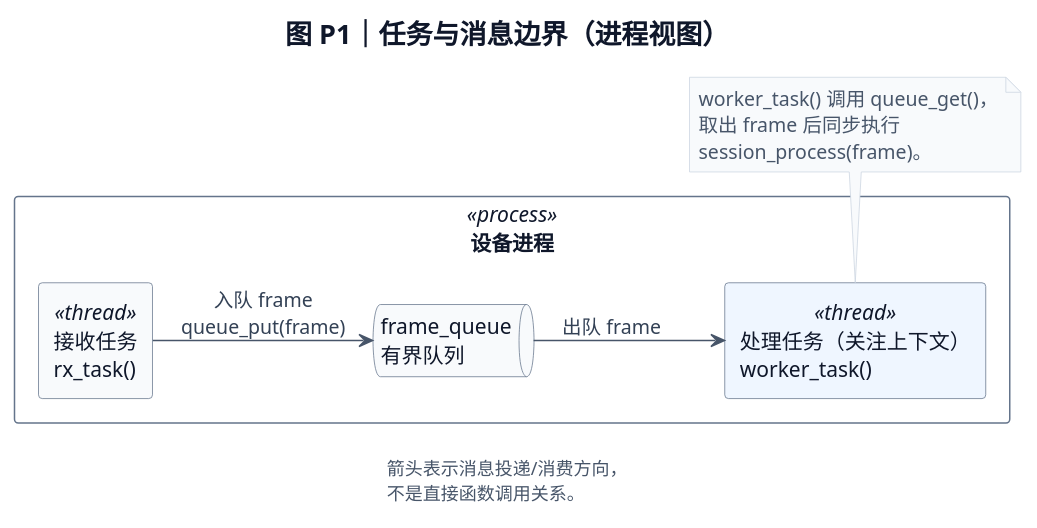
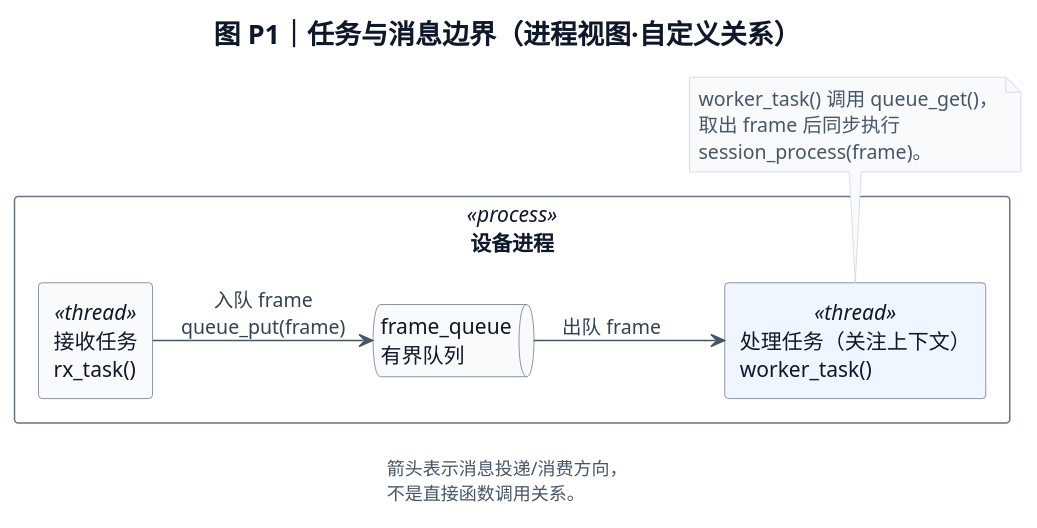
One commit to chao-shu/c-code-design-doc changed the third of 7 diagrams in c-code-design-doc/references/diagram-guide.md. Above: the diagram before and after it, drawn with PlantUML. The commit also changed other lines of this file and 10 other files, not shown here.

Commit message:
Clarify UML semantics and 4+1 mappings; review and refresh diagram examples

````diff
--- a/c-code-design-doc/references/diagram-guide.md
+++ b/c-code-design-doc/references/diagram-guide.md
@@ -171,47 +187,47 @@
 ```plantuml
 @startuml
 skinparam backgroundColor #FFFFFF
 skinparam shadowing false
 skinparam defaultFontName "Microsoft YaHei"
 skinparam defaultFontSize 14
 skinparam defaultFontColor #0F172A
 skinparam titleFontColor #0F172A
 skinparam titleFontSize 18
 skinparam ArrowColor #475569
 skinparam ArrowFontColor #334155
 skinparam ArrowFontSize 13
 skinparam ArrowThickness 1
 skinparam NoteBackgroundColor #F8FAFC
 skinparam NoteBorderColor #CBD5E1
 skinparam NoteFontColor #475569
 skinparam NoteFontSize 13
 skinparam LegendBackgroundColor #FFFFFF
 skinparam LegendBorderColor #FFFFFF
 skinparam LegendFontColor #475569
 skinparam LegendFontSize 12
 skinparam rectangleBackgroundColor #F8FAFC
 skinparam rectangleBorderColor #64748B
 skinparam queueBackgroundColor #F8FAFC
 skinparam queueBorderColor #64748B
 skinparam nodesep 32
 skinparam ranksep 36
-title 图 P1｜任务与消息边界（进程视图）
+title 图 P1｜任务与消息边界（进程视图·自定义关系）
 left to right direction
 rectangle "设备进程" as P_DEVICE <<process>> #FFFFFF {
   rectangle "接收任务\nrx_task()" as T_RX <<thread>>
   queue "frame_queue\n有界队列" as Q_FRAME
   rectangle "处理任务（关注上下文）\nworker_task()" as T_WORKER <<thread>> #EFF6FF
 }
 T_RX --> Q_FRAME : 入队 frame\nqueue_put(frame)
 Q_FRAME --> T_WORKER : 出队 frame
 note bottom of T_WORKER
 worker_task() 调用 queue_get()，
 取出 frame 后同步执行
 session_process(frame)。
 end note
 legend bottom
 箭头表示消息投递/消费方向，
 不是直接函数调用关系。
 endlegend
 @enduml
 ```
````
